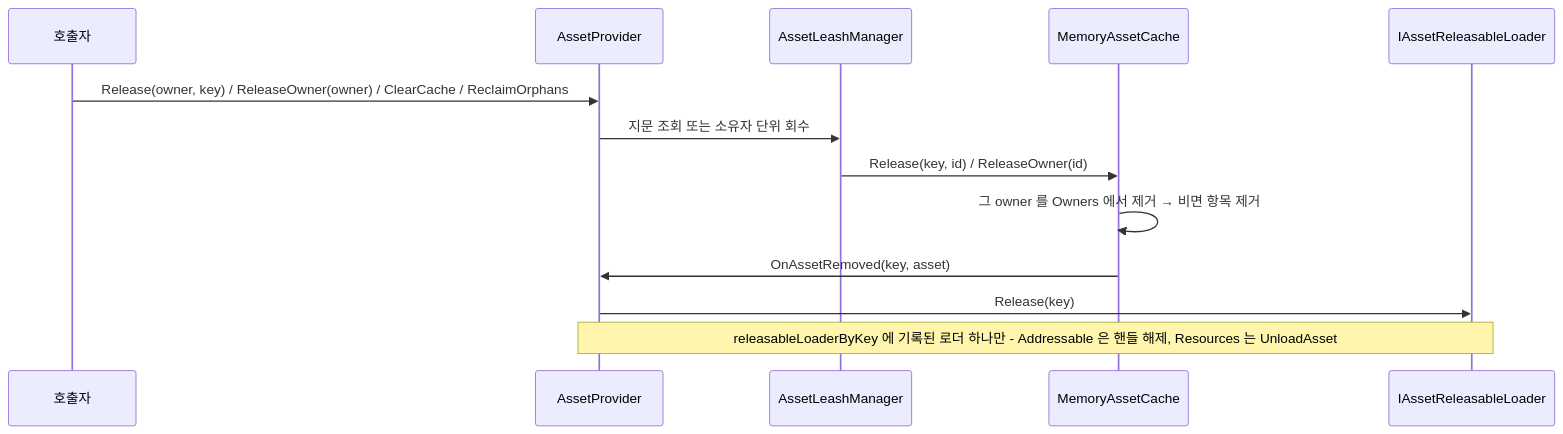
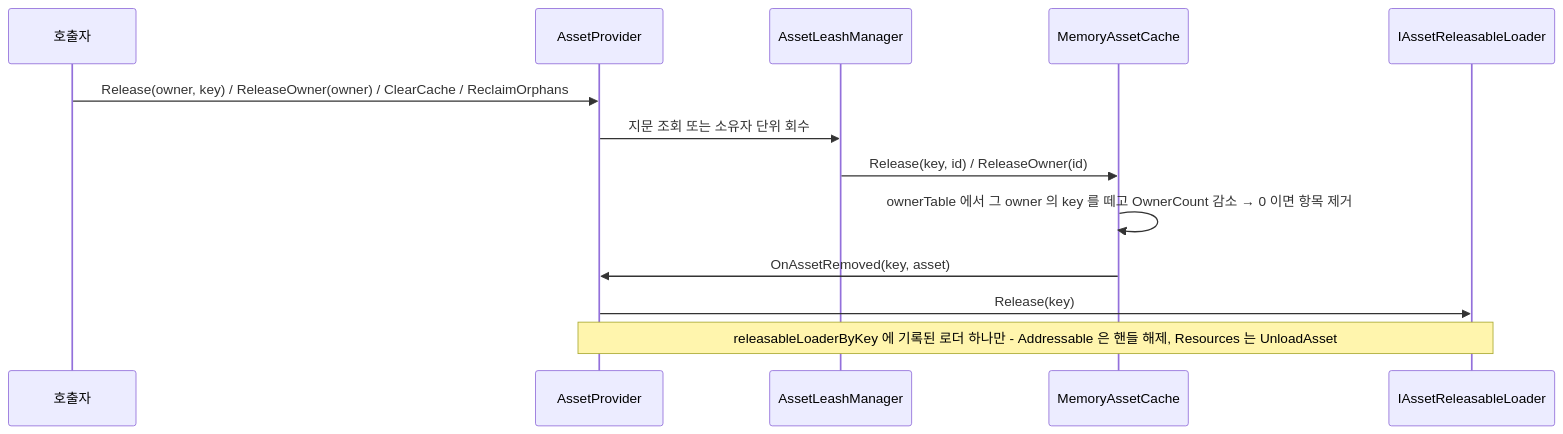
Before and after one commit to HoHong123/HCUP-Unity: the third of 3 diagrams in HResource/docs/Provider.md, drawn with Mermaid.

Commit message:
[Docs] 📝 23.09.26 Update the provider release sequence to the owner-count model

````diff
--- a/HResource/docs/Provider.md
+++ b/HResource/docs/Provider.md
@@ -126,16 +126,16 @@
 ```mermaid
 sequenceDiagram
     participant C as 호출자
     participant P as AssetProvider
     participant N as AssetLeashManager
     participant M as MemoryAssetCache
     participant L as IAssetReleasableLoader
 
     C->>P: Release(owner, key) / ReleaseOwner(owner) / ClearCache / ReclaimOrphans
     P->>N: 지문 조회 또는 소유자 단위 회수
     N->>M: Release(key, id) / ReleaseOwner(id)
-    M->>M: 그 owner 를 Owners 에서 제거 → 비면 항목 제거
+    M->>M: ownerTable 에서 그 owner 의 key 를 떼고 OwnerCount 감소 → 0 이면 항목 제거
     M->>P: OnAssetRemoved(key, asset)
     P->>L: Release(key)
     Note over P,L: releasableLoaderByKey 에 기록된 로더 하나만 - Addressable 은 핸들 해제, Resources 는 UnloadAsset
 ```
````
